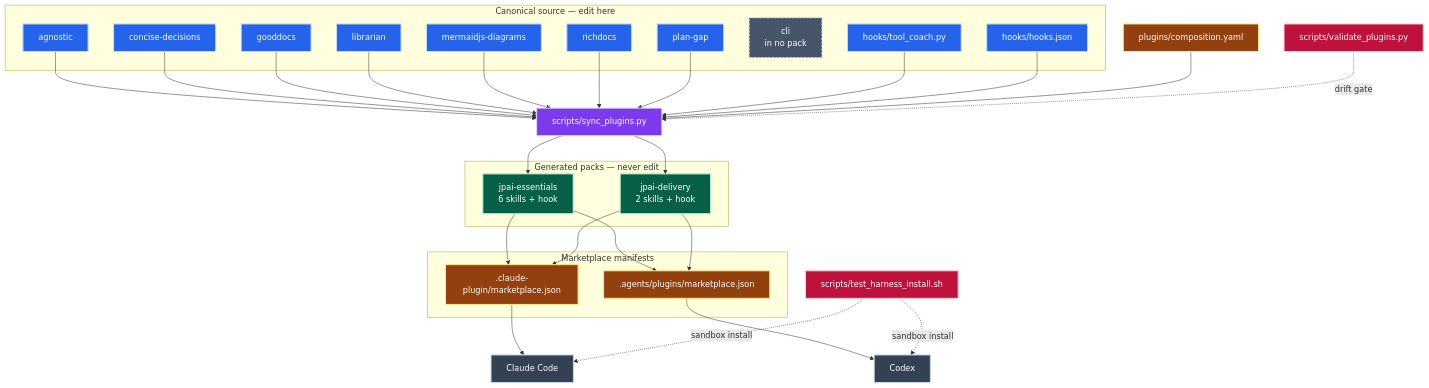
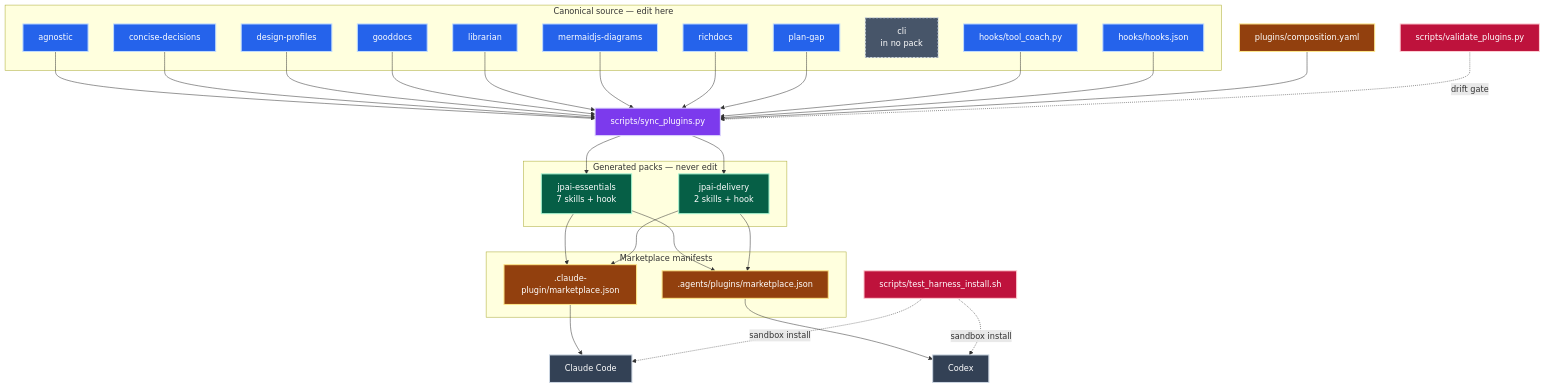
One commit to jpeakai/skills changed the second of 2 diagrams in README.md. Above: the diagram before and after it, drawn with Mermaid. The commit also changed other lines of this file and 106 other files, not shown here.

First line of the commit message:
feat(design-profiles): one brand profile that paints every surface

````diff
--- a/README.md
+++ b/README.md
@@ -156,53 +157,54 @@
 ```mermaid
 flowchart TB
     subgraph canon["Canonical source — edit here"]
         AG[agnostic]:::src
         CD[concise-decisions]:::src
+        DP[design-profiles]:::src
         GD[gooddocs]:::src
         LB[librarian]:::src
         MD[mermaidjs-diagrams]:::src
         RD[richdocs]:::src
         PG[plan-gap]:::src
         CLI["cli<br/>in no pack"]:::orphan
         TC["hooks/tool_coach.py"]:::src
         HJ["hooks/hooks.json"]:::src
     end
 
     CF["plugins/composition.yaml"]:::cfg
     SY["scripts/sync_plugins.py"]:::proc
     VL["scripts/validate_plugins.py"]:::gate
     TH["scripts/test_harness_install.sh"]:::gate
 
     subgraph packs["Generated packs — never edit"]
-        ES["jpai-essentials<br/>6 skills + hook"]:::pack
+        ES["jpai-essentials<br/>7 skills + hook"]:::pack
         DL["jpai-delivery<br/>2 skills + hook"]:::pack
     end
 
     subgraph mkt["Marketplace manifests"]
         CM[".claude-plugin/marketplace.json"]:::cfg
         XM[".agents/plugins/marketplace.json"]:::cfg
     end
 
     CC["Claude Code"]:::host
     CX["Codex"]:::host
 
-    AG & CD & GD & LB & MD & RD --> SY
+    AG & CD & DP & GD & LB & MD & RD --> SY
     PG --> SY
     TC & HJ --> SY
     CF --> SY
     SY --> ES
     SY --> DL
     VL -.->|drift gate| SY
     ES & DL --> CM --> CC
     ES & DL --> XM --> CX
     TH -.->|sandbox install| CC
     TH -.->|sandbox install| CX
 
     classDef src    fill:#2563eb,stroke:#bfdbfe,color:#ffffff,stroke-width:2px
     classDef orphan fill:#475569,stroke:#cbd5e1,color:#ffffff,stroke-width:2px,stroke-dasharray:4 3
     classDef cfg    fill:#92400e,stroke:#fde68a,color:#ffffff,stroke-width:2px
     classDef proc   fill:#7c3aed,stroke:#ddd6fe,color:#ffffff,stroke-width:2px
     classDef gate   fill:#be123c,stroke:#fecdd3,color:#ffffff,stroke-width:2px
     classDef pack   fill:#065f46,stroke:#a7f3d0,color:#ffffff,stroke-width:2px
     classDef host   fill:#334155,stroke:#cbd5e1,color:#ffffff,stroke-width:2px
 ```
````
